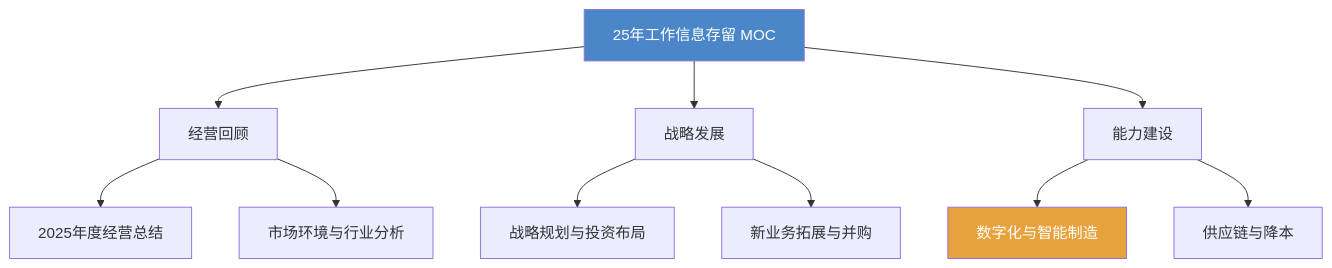
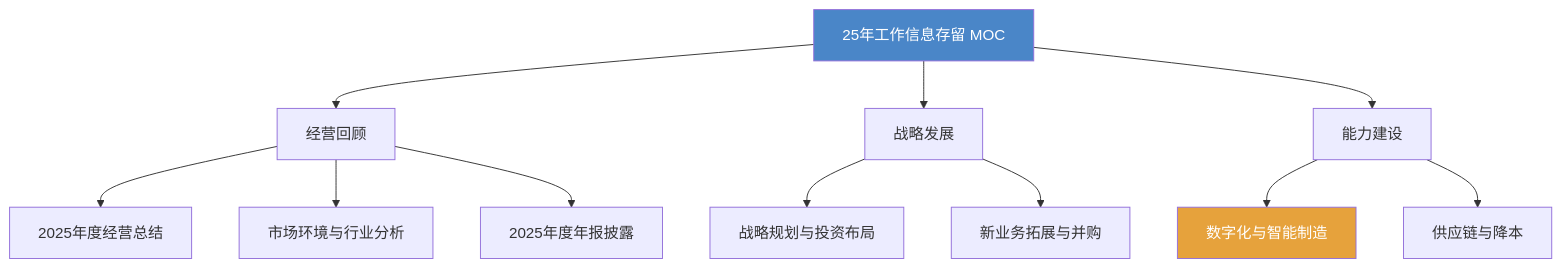
One commit to WangrjJJ/Ruijun- changed the diagram in 25年工作信息存留/25年工作信息存留 MOC.md. Above: the diagram before and after it, drawn with Mermaid. The commit also changed other lines of this file and 1 other file, not shown here.

Commit message:
新增2025年度年报披露（301559）：上市公司公开数据整理入库

````diff
--- a/25年工作信息存留/25年工作信息存留 MOC.md
+++ b/25年工作信息存留/25年工作信息存留 MOC.md
@@ -21,19 +21,20 @@
 ```mermaid
 graph TB
     MOC[25年工作信息存留 MOC]
     MOC --> BR[经营回顾]
     MOC --> SD[战略发展]
     MOC --> CB[能力建设]
 
     BR --> Y[2025年度经营总结]
     BR --> MK[市场环境与行业分析]
+    BR --> AR[2025年度年报披露]
 
     SD --> ST[战略规划与投资布局]
     SD --> NB[新业务拓展与并购]
 
     CB --> DG[数字化与智能制造]
     CB --> SC[供应链与降本]
 
     style MOC fill:#4a86c8,color:#fff
     style DG fill:#e6a23c,color:#fff
 ```
````
